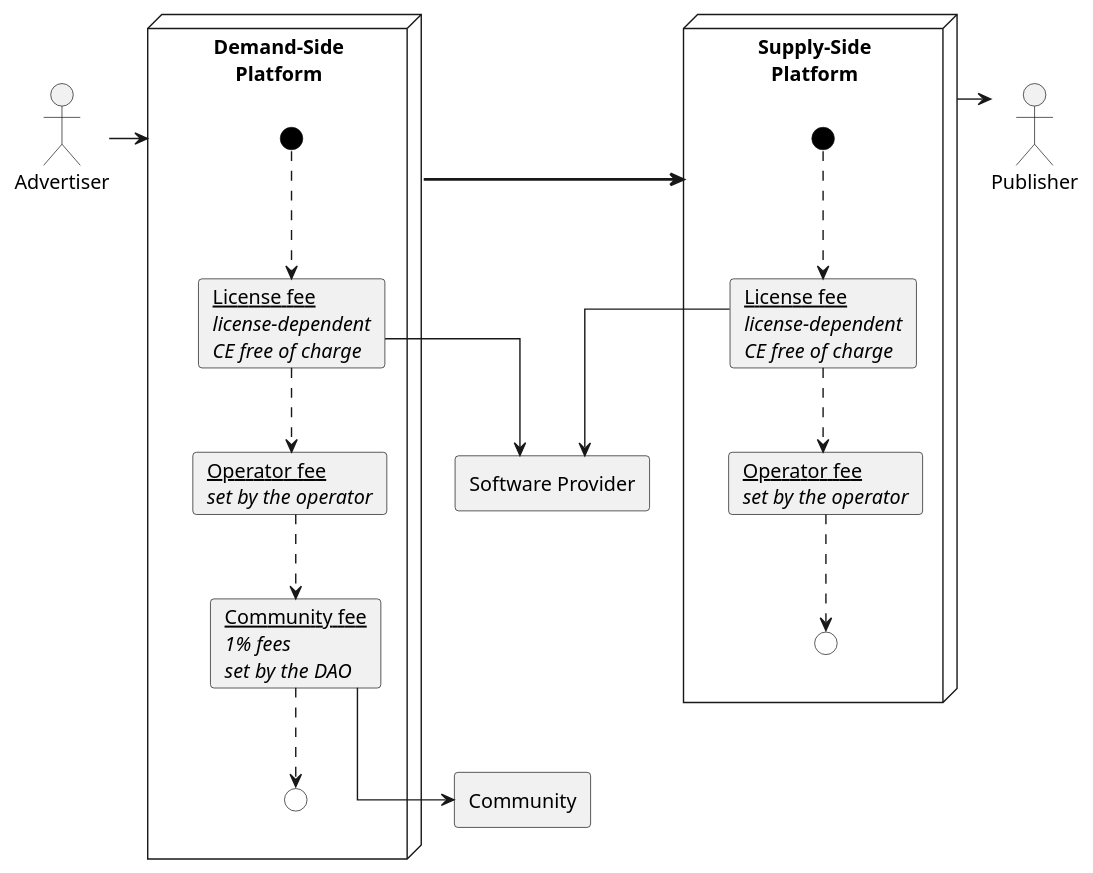
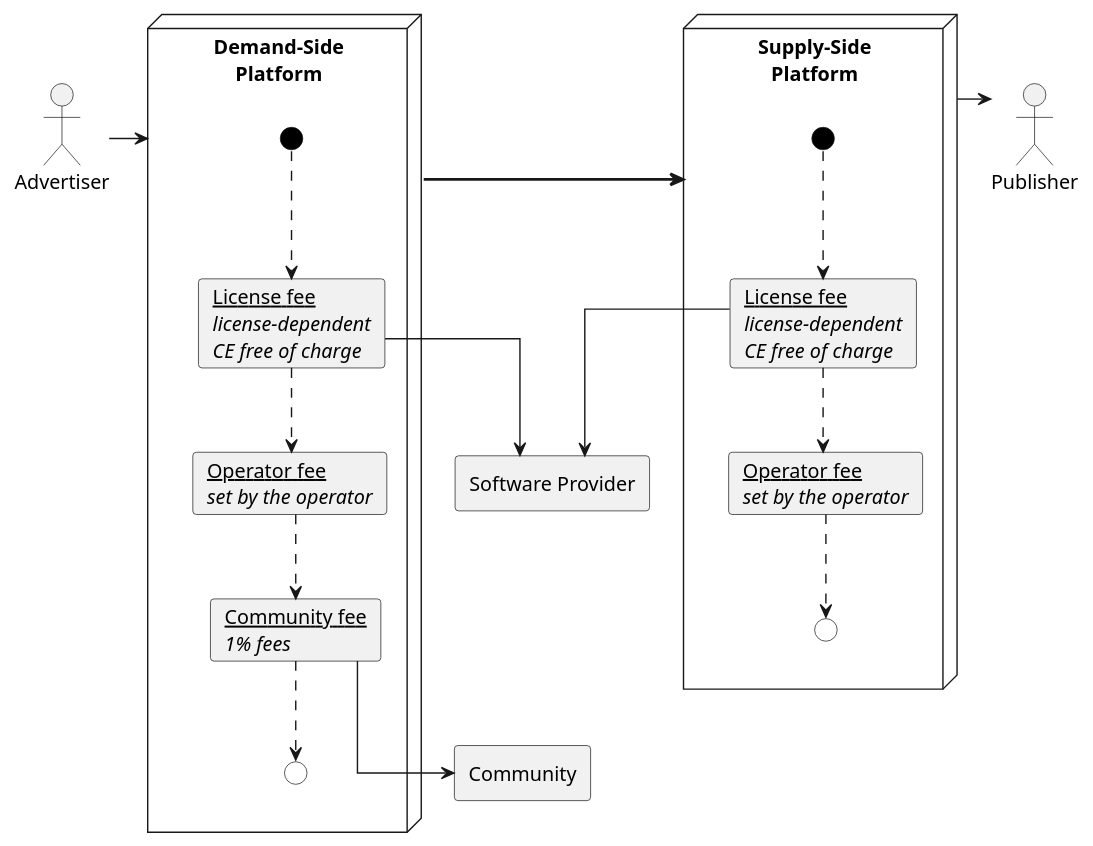
One commit to adshares/adshares-docs changed the diagram in protocol/payments/payments_moneyflow.rst. Above: the diagram before and after it, drawn with PlantUML. The commit also changed other lines of this file and 3 other files, not shown here.

```diff
--- a/protocol/payments/payments_moneyflow.rst
+++ b/protocol/payments/payments_moneyflow.rst
@@ -8,61 +8,60 @@
 .. uml::
     :align: center
 
     skinparam monochrome true
     skinparam linetype ortho
 
     actor   "Advertiser"        as advertiser
     actor   "Publisher"         as publisher
     agent   "Software Provider" as provider
     agent   "Community"         as community
 
     node "Demand-Side\nPlatform" as DSP {
         circle " " as demandIn #black
         card demandLicenseFee [
             <u>License fee
             <i>license-dependent
             <i>CE free of charge
         ]
         card demandOperatorFee [
             <u>Operator fee
             <i>set by the operator
         ]
         card demandCommunityFee [
             <u>Community fee
             <i>1% fees
-            <i>set by the DAO
         ]
         circle " " as demandOut #white
     }
 
     node "Supply-Side\nPlatform" as SSP {
         circle " " as supplyIn #black
         card supplyLicenseFee [
             <u>License fee
             <i>license-dependent
             <i>CE free of charge
         ]
         card supplyOperatorFee [
             <u>Operator fee
             <i>set by the operator
         ]
         circle " " as supplyOut #white
     }
 
     advertiser -ri-> DSP
 
     demandIn -[dashed]do-> demandLicenseFee
     demandLicenseFee --> provider
     demandLicenseFee -[dashed]do-> demandOperatorFee
     demandOperatorFee -[dashed]do-> demandCommunityFee
     demandCommunityFee --> community
     demandCommunityFee -[dashed]do-> demandOut
 
     DSP -[bold]ri-> SSP
 
     supplyIn -[dashed]do-> supplyLicenseFee
     supplyLicenseFee --> provider
     supplyLicenseFee -[dashed]do-> supplyOperatorFee
     supplyOperatorFee -[dashed]do-> supplyOut
 
     SSP -ri-> publisher
```
